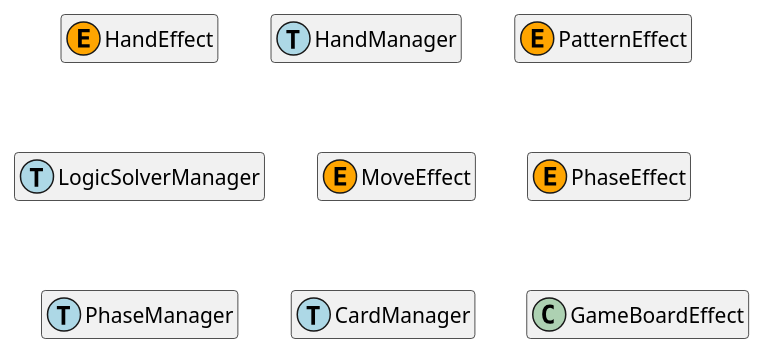
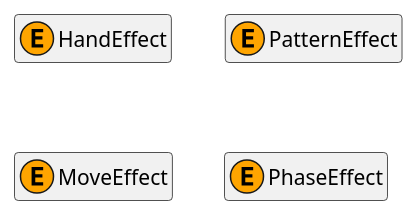
One commit to Fight-Fire-With-Scala/Scala-Fire-Tower changed the diagram in src/main/asciidoc/assets/puml/effects.puml. Above: the diagram before and after it, drawn with PlantUML. The commit also changed 1 other file, not shown here.

```diff
--- a/src/main/asciidoc/assets/puml/effects.puml
+++ b/src/main/asciidoc/assets/puml/effects.puml
@@ -1,19 +1,13 @@
 @startuml
 hide empty members
 skinparam shadowing false
 
 class HandEffect << (E, orange) >>
-class HandManager << (T, lightblue) >>
 
 class PatternEffect << (E, orange) >>
-class LogicSolverManager << (T, lightblue) >>
 
 class MoveEffect << (E, orange) >>
 
 class PhaseEffect << (E, orange) >>
-class PhaseManager << (T, lightblue) >>
 
-class CardManager << (T, lightblue) >>
-
-class GameBoardEffect
 @enduml
```
